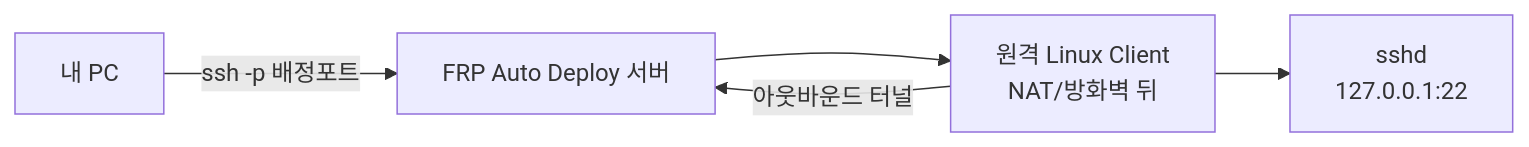
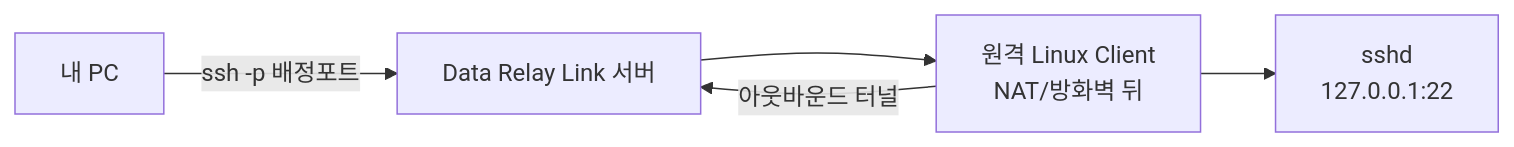
The first of 2 diagrams in ko/getting-started/quickstart.mdx (datarelay-labs/data-relay-link-docs), drawn with Mermaid before and after one commit. The commit also changed other lines of this file and 32 other files, not shown here.

````diff
--- a/ko/getting-started/quickstart.mdx
+++ b/ko/getting-started/quickstart.mdx
@@ -12,12 +12,12 @@
 ```mermaid
 flowchart LR
     U[내 PC]
-    S[FRP Auto Deploy 서버]
+    S[Data Relay Link 서버]
     C[원격 Linux Client\nNAT/방화벽 뒤]
     SSH[sshd\n127.0.0.1:22]
 
     C -->|아웃바운드 터널| S
     U -->|ssh -p 배정포트| S
     S --> C
     C --> SSH
 ```
````
